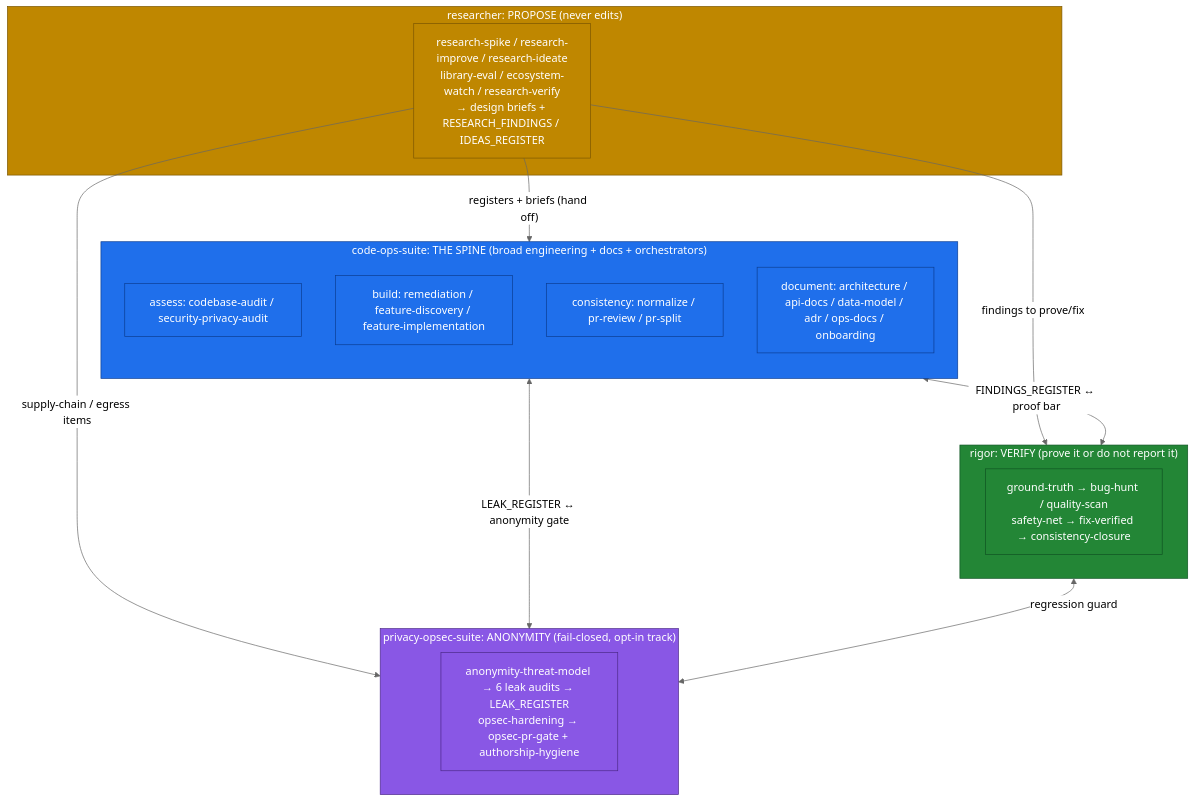
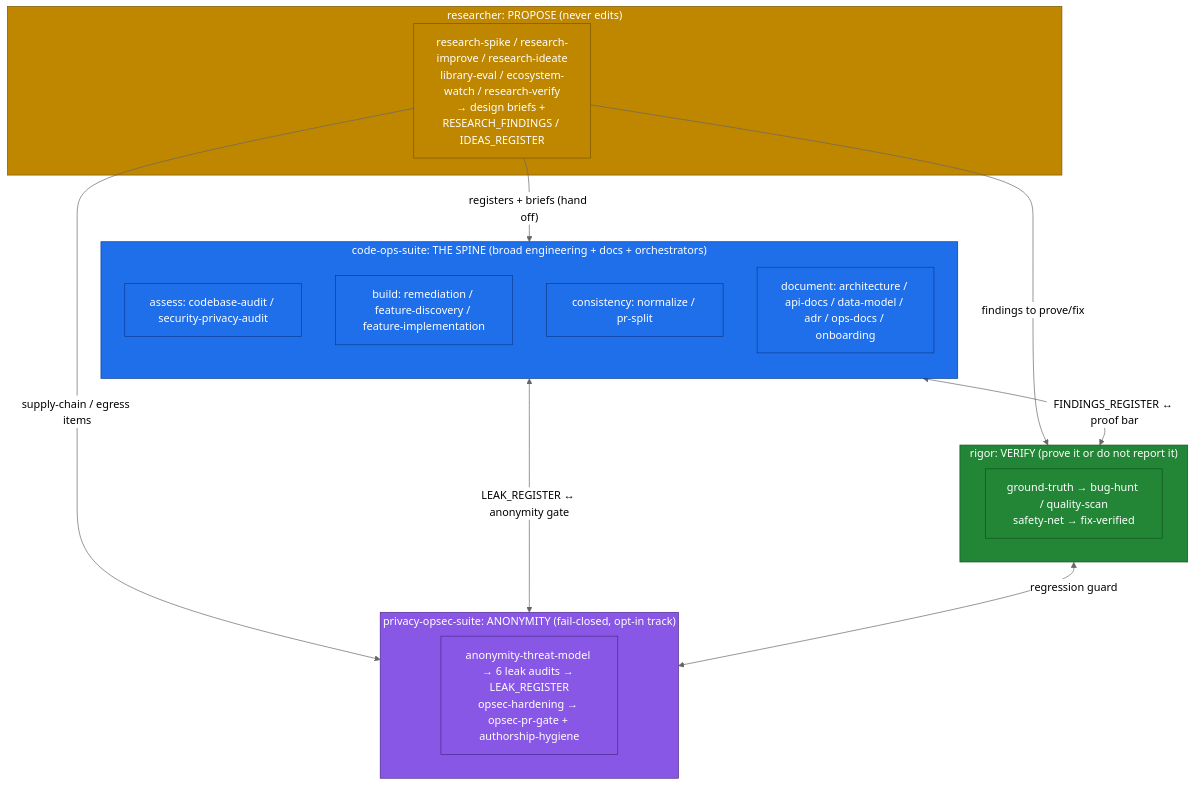
The first of 2 diagrams in code-ops-docs/40 Engineering/Handbook/02-mental-model.md (skylarsabo/code-ops), drawn with Mermaid (neutral theme) before and after one commit. The commit also changed other lines of this file and 149 other files, not shown here.

````diff
--- a/code-ops-docs/40 Engineering/Handbook/02-mental-model.md
+++ b/code-ops-docs/40 Engineering/Handbook/02-mental-model.md
@@ -91,39 +91,39 @@
 ```mermaid
 flowchart TB
     subgraph propose["researcher: PROPOSE (never edits)"]
         R["research-spike / research-improve / research-ideate<br/>library-eval / ecosystem-watch / research-verify<br/>→ design briefs + RESEARCH_FINDINGS / IDEAS_REGISTER"]
     end
 
     subgraph spine["code-ops-suite: THE SPINE (broad engineering + docs + orchestrators)"]
         direction TB
         AUDIT["assess: codebase-audit / security-privacy-audit"]
         BUILD["build: remediation / feature-discovery / feature-implementation"]
-        NORM["consistency: normalize / pr-review / pr-split"]
+        NORM["consistency: normalize / pr-split"]
         DOCS["document: architecture / api-docs / data-model / adr / ops-docs / onboarding"]
     end
 
     subgraph verify["rigor: VERIFY (prove it or do not report it)"]
-        V["ground-truth → bug-hunt / quality-scan<br/>safety-net → fix-verified → consistency-closure"]
+        V["ground-truth → bug-hunt / quality-scan<br/>safety-net → fix-verified"]
     end
 
     subgraph anon["privacy-opsec-suite: ANONYMITY (fail-closed, opt-in track)"]
         P["anonymity-threat-model → 6 leak audits → LEAK_REGISTER<br/>opsec-hardening → opsec-pr-gate + authorship-hygiene"]
     end
 
     R -->|"registers + briefs (hand off)"| spine
     R -->|"findings to prove/fix"| verify
     R -->|"supply-chain / egress items"| anon
 
     spine <-->|"FINDINGS_REGISTER ↔ proof bar"| verify
     spine <-->|"LEAK_REGISTER ↔ anonymity gate"| anon
     verify <-->|"regression guard"| anon
 
     classDef spineCls fill:#1f6feb,stroke:#0b3d91,color:#fff;
     classDef verifyCls fill:#238636,stroke:#0f5323,color:#fff;
     classDef anonCls fill:#8957e5,stroke:#4c2889,color:#fff;
     classDef proposeCls fill:#bf8700,stroke:#7a5600,color:#fff;
     class spine,AUDIT,BUILD,NORM,DOCS spineCls;
     class verify,V verifyCls;
     class anon,P anonCls;
     class propose,R proposeCls;
 ```
````
